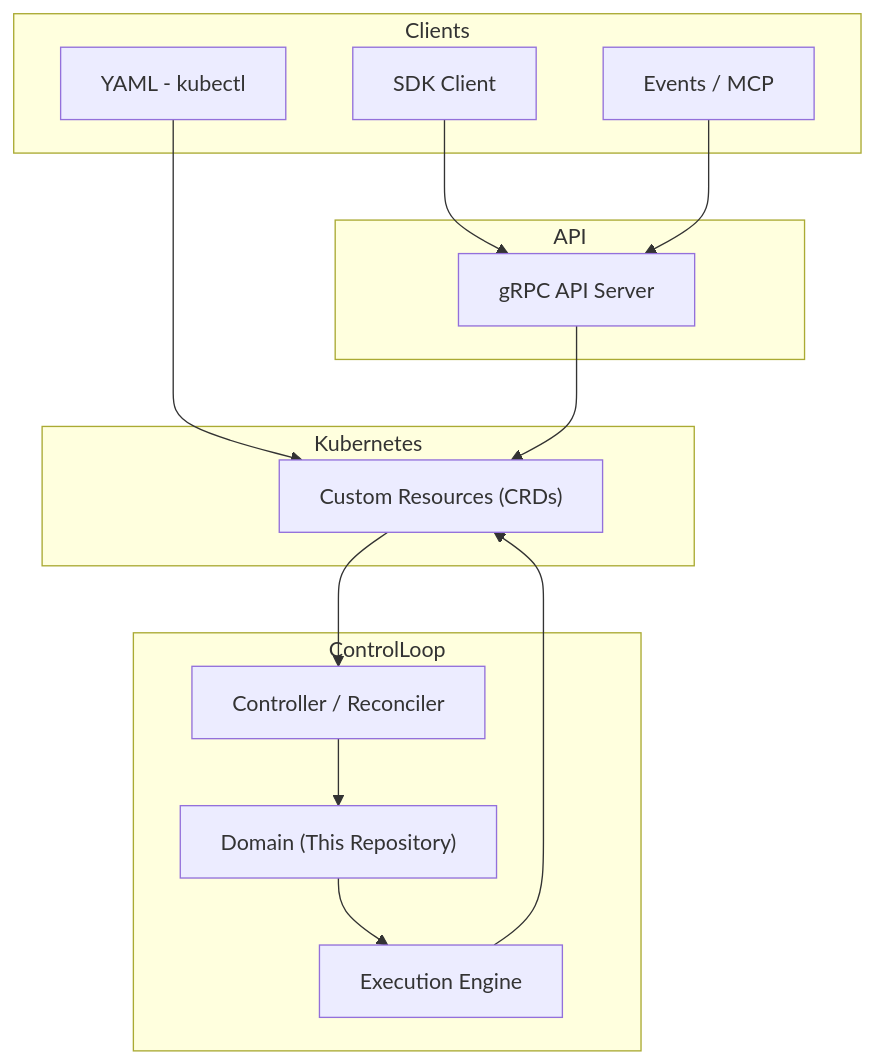
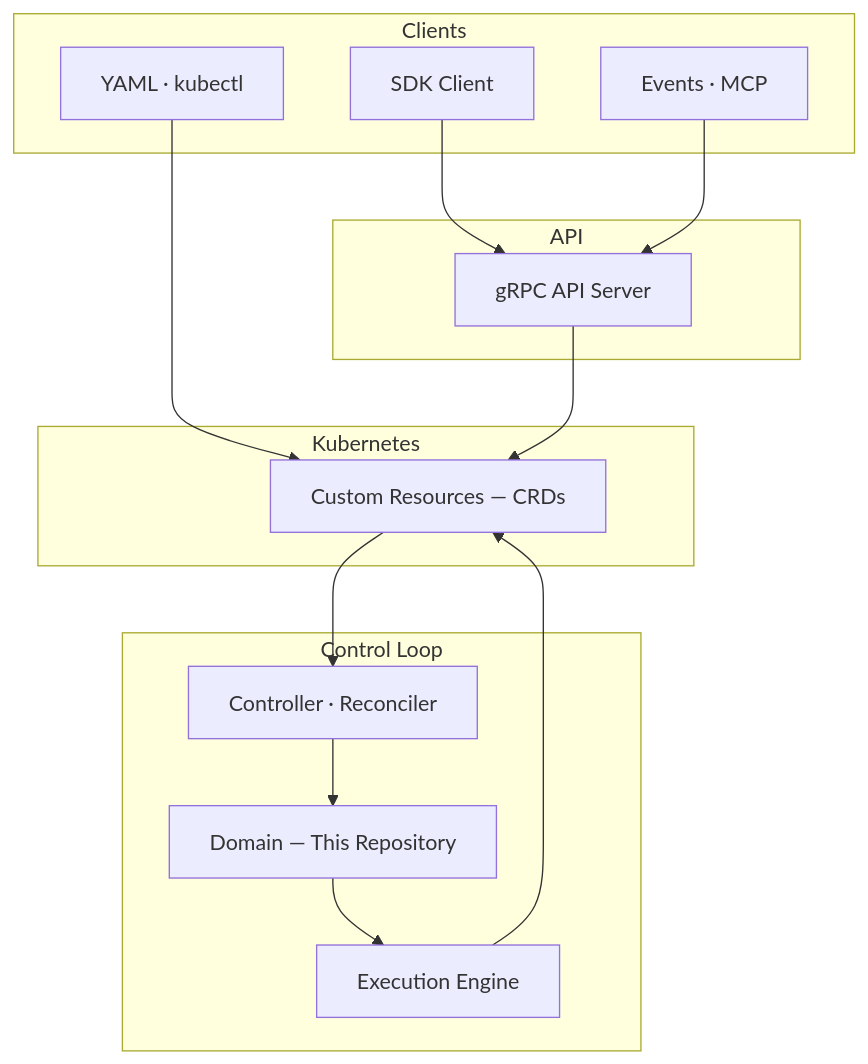
Before and after one commit to blanketops/environments: the first of 2 diagrams in README.md, drawn with Mermaid. The commit also changed other lines of this file, not shown here.

````diff
--- a/README.md
+++ b/README.md
@@ -59,33 +60,31 @@
 ```mermaid
 flowchart TD
+    subgraph Clients
+        A1["SDK Client"]
+        A2["YAML · kubectl"]
+        A3["Events · MCP"]
+    end
 
-subgraph Clients
-    A1["SDK Client"]
-    A2["YAML - kubectl"]
-    A3["Events / MCP"]
-end
+    subgraph API
+        B1["gRPC API Server"]
+    end
 
-subgraph API
-    B1["gRPC API Server"]
-end
+    subgraph Kubernetes
+        C1["Custom Resources — CRDs"]
+    end
 
-subgraph Kubernetes
-    C1["Custom Resources (CRDs)"]
-end
+    subgraph Control Loop
+        D1["Controller · Reconciler"]
+        D2["Domain — This Repository"]
+        D3["Execution Engine"]
+    end
 
-subgraph ControlLoop
-    D1["Controller / Reconciler"]
-    D2["Domain (This Repository)"]
-    D3["Execution Engine"]
-end
-
-A1 --> B1
-A3 --> B1
-A2 --> C1
-
-B1 --> C1
-C1 --> D1
-D1 --> D2
-D2 --> D3
-D3 --> C1
+    A1 --> B1
+    A3 --> B1
+    A2 --> C1
+    B1 --> C1
+    C1 --> D1
+    D1 --> D2
+    D2 --> D3
+    D3 --> C1
 ```
````
